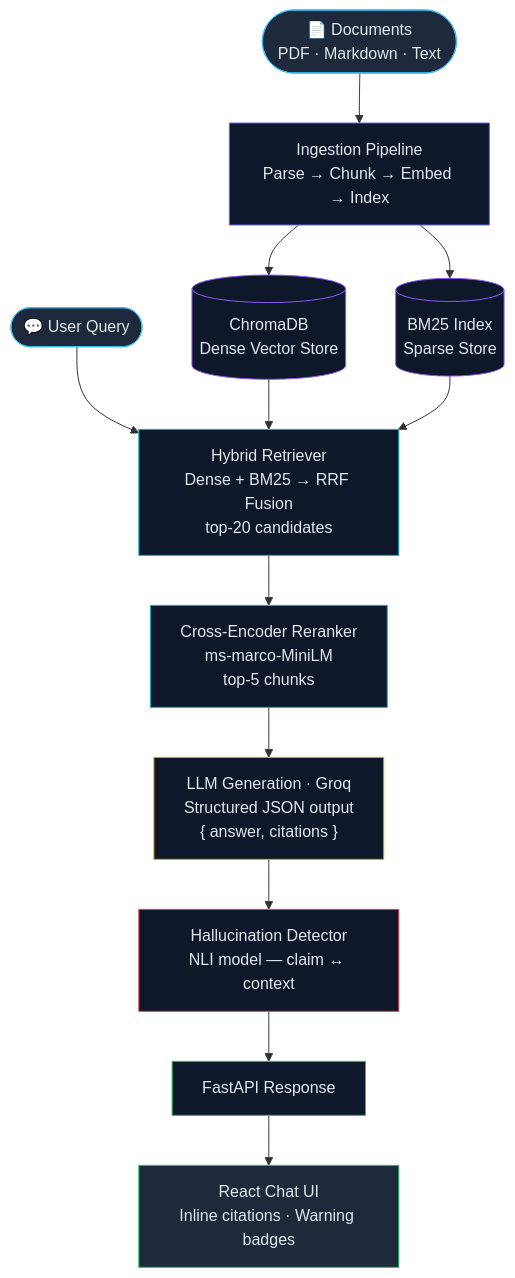
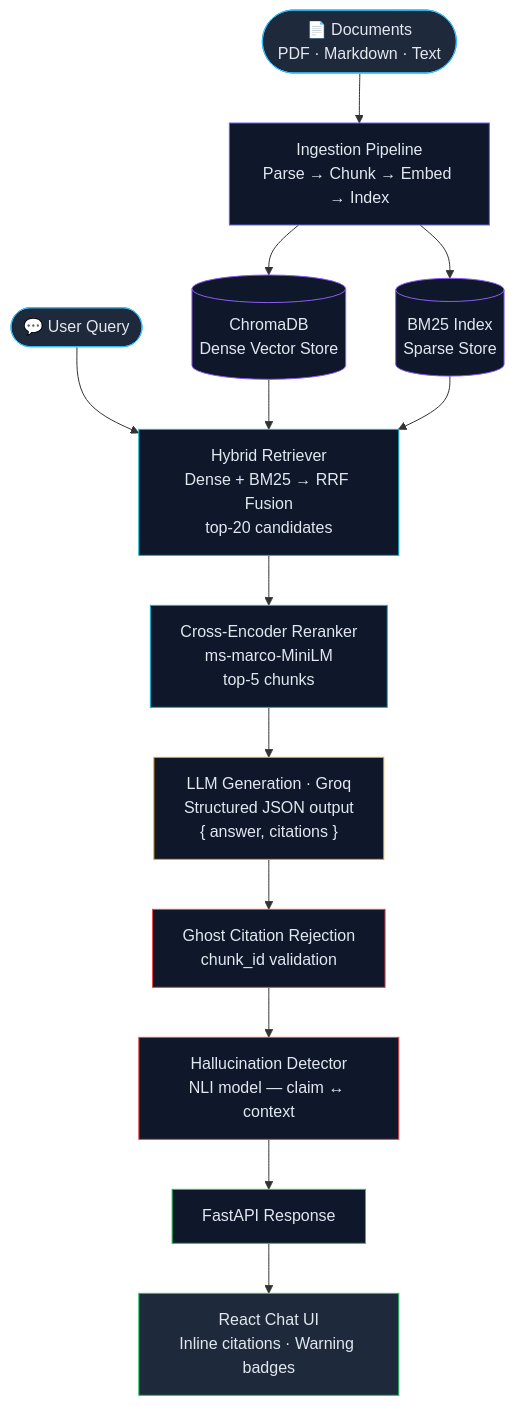
The diagram in README.md (Revanthkolla16/Ask-my-Docs), drawn with Mermaid before and after one commit. The commit also changed other lines of this file and 11 other files, not shown here.

````diff
--- a/README.md
+++ b/README.md
@@ -90,34 +79,37 @@
 ```mermaid
 flowchart TD
     A(["📄 Documents\nPDF · Markdown · Text"])
     A --> B["Ingestion Pipeline\nParse → Chunk → Embed → Index"]
 
     B --> C[("ChromaDB\nDense Vector Store")]
     B --> D[("BM25 Index\nSparse Store")]
 
     Q(["💬 User Query"]) --> E
 
     C --> E["Hybrid Retriever\nDense + BM25 → RRF Fusion\ntop-20 candidates"]
     D --> E
 
     E --> F["Cross-Encoder Reranker\nms-marco-MiniLM\ntop-5 chunks"]
 
     F --> G["LLM Generation · Groq\nStructured JSON output\n{ answer, citations }"]
 
-    G --> H["Hallucination Detector\nNLI model — claim ↔ context"]
+    G --> H["Ghost Citation Rejection\nchunk_id validation"]
 
-    H --> I["FastAPI Response"]
-    I --> J["React Chat UI\nInline citations · Warning badges"]
+    H --> I["Hallucination Detector\nNLI model — claim ↔ context"]
+
+    I --> J["FastAPI Response"]
+    J --> K["React Chat UI\nInline citations · Warning badges"]
 
     style A fill:#1e293b,stroke:#38bdf8,color:#e2e8f0
     style Q fill:#1e293b,stroke:#38bdf8,color:#e2e8f0
     style B fill:#0f172a,stroke:#6366f1,color:#e2e8f0
     style C fill:#0f172a,stroke:#8b5cf6,color:#e2e8f0
     style D fill:#0f172a,stroke:#8b5cf6,color:#e2e8f0
     style E fill:#0f172a,stroke:#06b6d4,color:#e2e8f0
     style F fill:#0f172a,stroke:#06b6d4,color:#e2e8f0
     style G fill:#0f172a,stroke:#f59e0b,color:#e2e8f0
     style H fill:#0f172a,stroke:#ef4444,color:#e2e8f0
-    style I fill:#0f172a,stroke:#22c55e,color:#e2e8f0
-    style J fill:#1e293b,stroke:#22c55e,color:#e2e8f0
+    style I fill:#0f172a,stroke:#ef4444,color:#e2e8f0
+    style J fill:#0f172a,stroke:#22c55e,color:#e2e8f0
+    style K fill:#1e293b,stroke:#22c55e,color:#e2e8f0
 ```
````
